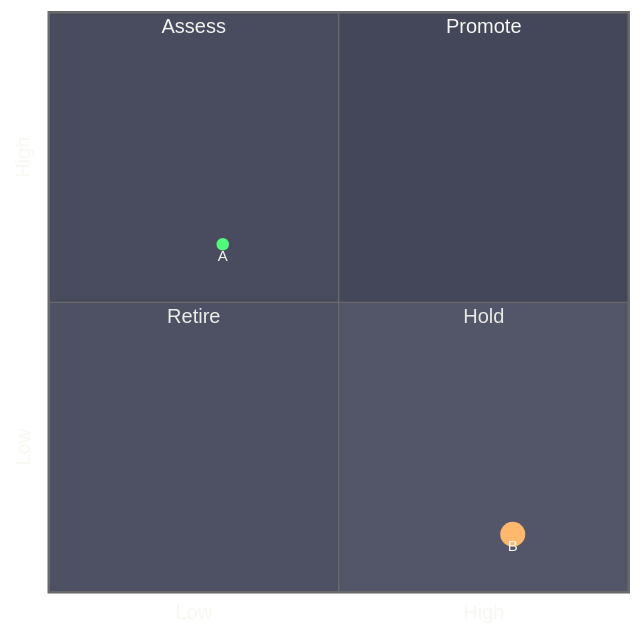
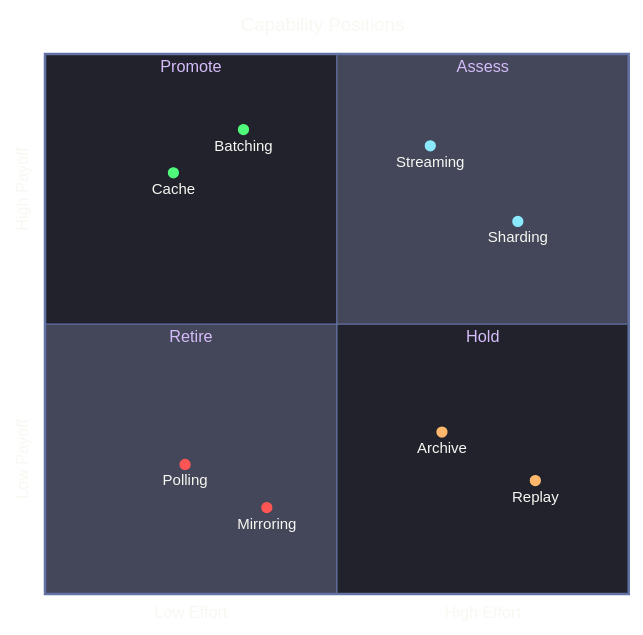
One commit to bsamiee/Rasm changed the sixth of 25 diagrams in .claude/skills/mermaid-diagramming/references/syntax-extended.md. Above: the diagram before and after it, drawn with Mermaid. The commit also changed other lines of this file and 56 other files, not shown here.

````diff
--- a/.claude/skills/mermaid-diagramming/references/syntax-extended.md
+++ b/.claude/skills/mermaid-diagramming/references/syntax-extended.md
@@ -188,26 +314,58 @@
 ```mermaid
 ---
 config:
   theme: base
   look: classic
+  quadrantChart:
+    pointRadius: 4
+    pointTextPadding: 8
+    pointLabelFontSize: 12
+    quadrantLabelFontSize: 13
+    xAxisLabelFontSize: 13
+    yAxisLabelFontSize: 13
+    titleFontSize: 15
   themeVariables:
     darkMode: true
     fontFamily: "SF Mono, Menlo, Cascadia Mono, Segoe UI Mono, Consolas, monospace"
     useGradient: false
     dropShadow: "none"
-    primaryColor: "#44475A"
-    primaryTextColor: "#F8F8F2"
+    quadrant1Fill: "#44475A"
+    quadrant2Fill: "#21222C"
+    quadrant3Fill: "#44475A"
+    quadrant4Fill: "#21222C"
+    quadrant1TextFill: "#D6BCFA"
+    quadrant2TextFill: "#D6BCFA"
+    quadrant3TextFill: "#D6BCFA"
+    quadrant4TextFill: "#D6BCFA"
+    quadrantPointFill: "#BD93F9"
+    quadrantPointTextFill: "#F8F8F2"
+    quadrantXAxisTextFill: "#F8F8F2"
+    quadrantYAxisTextFill: "#F8F8F2"
+    quadrantTitleFill: "#F8F8F2"
+    quadrantInternalBorderStrokeFill: "#6272A4"
+    quadrantExternalBorderStrokeFill: "#6272A4"
+  themeCSS: ".data-point circle{fill-opacity:.75}"
 ---
 quadrantChart
-  accTitle: Two-axis position demo
-  accDescr: Two items placed across promote, assess, retire, and hold quadrants.
-  x-axis Low --> High
-  y-axis Low --> High
-  quadrant-1 Promote
-  quadrant-2 Assess
+  accTitle: Capability position map
+  accDescr: Eight capabilities placed by adoption effort against payoff across promote, assess, retire, and hold quadrants.
+  title Capability Positions
+  x-axis Low Effort --> High Effort
+  y-axis Low Payoff --> High Payoff
+  quadrant-1 Assess
+  quadrant-2 Promote
   quadrant-3 Retire
   quadrant-4 Hold
-  A:::success: [0.3, 0.6]
-  B: [0.8, 0.1] color: #FFB86C, radius: 10
-  classDef success color: #50FA7B
+  Cache:::success: [0.22, 0.78]
+  Batching:::success: [0.34, 0.86]
+  Streaming:::external: [0.66, 0.83]
+  Sharding:::external: [0.81, 0.69]
+  Polling:::error: [0.24, 0.24]
+  Mirroring:::error: [0.38, 0.16]
+  Archive:::data: [0.68, 0.30]
+  Replay:::data: [0.84, 0.21]
+  classDef success color: #50FA7B, radius: 4, stroke-color: #50FA7B, stroke-width: 1px
+  classDef external color: #8BE9FD, radius: 4, stroke-color: #8BE9FD, stroke-width: 1px
+  classDef error color: #FF5555, radius: 4, stroke-color: #FF5555, stroke-width: 1px
+  classDef data color: #FFB86C, radius: 4, stroke-color: #FFB86C, stroke-width: 1px
 ```
````
